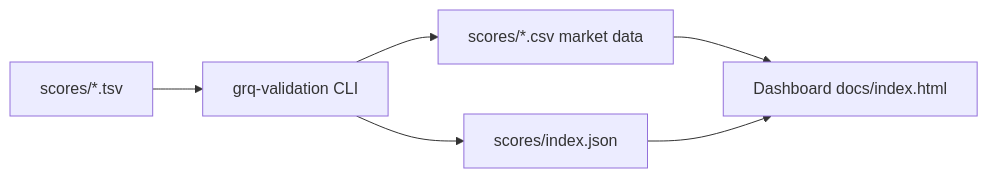
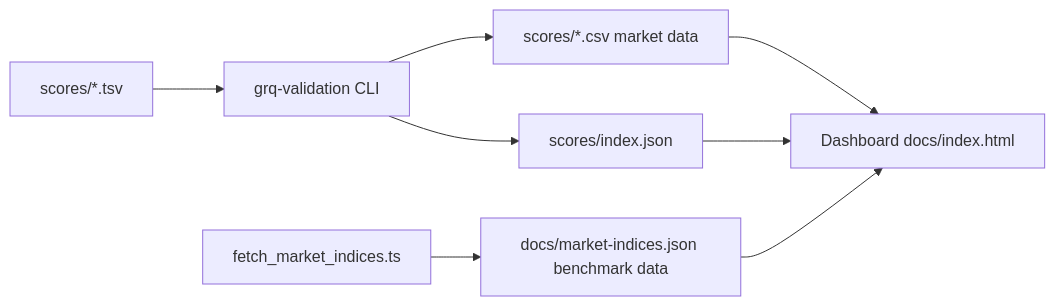
Before and after one commit to stSoftwareAU/GRQ-validation: the diagram in README.md, drawn with Mermaid. The commit also changed other lines of this file and 6 other files, not shown here.

First line of the commit message:
Fetch benchmark indices first-party, drop untrusted CORS proxies (Issue #93)

````diff
--- a/README.md
+++ b/README.md
@@ -23,8 +27,10 @@
 ```mermaid
 flowchart LR
     A[scores/*.tsv] --> B[grq-validation CLI]
     B --> C[scores/*.csv market data]
     B --> D[scores/index.json]
     C --> E[Dashboard docs/index.html]
     D --> E
+    F[fetch_market_indices.ts] --> G[docs/market-indices.json benchmark data]
+    G --> E
 ```
````
